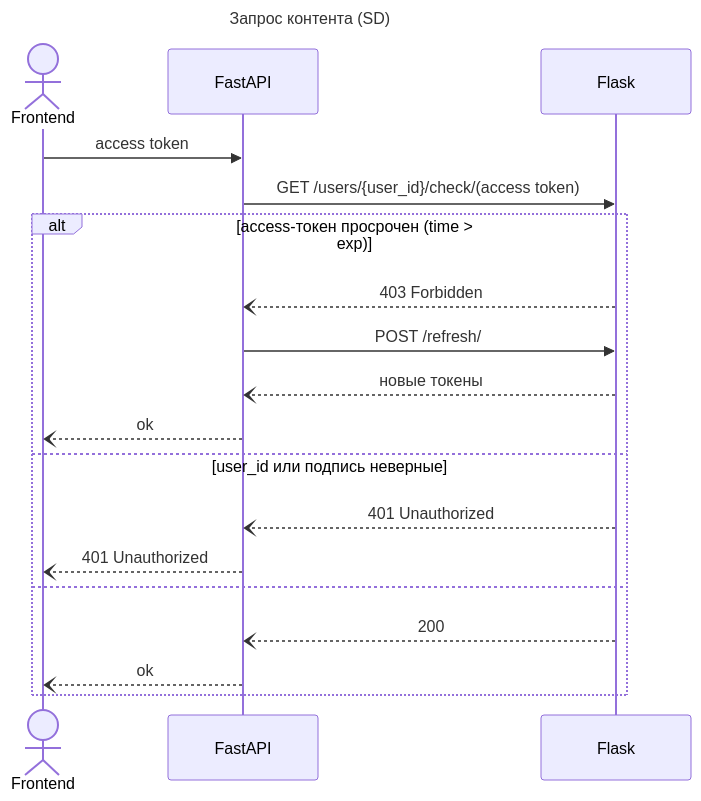
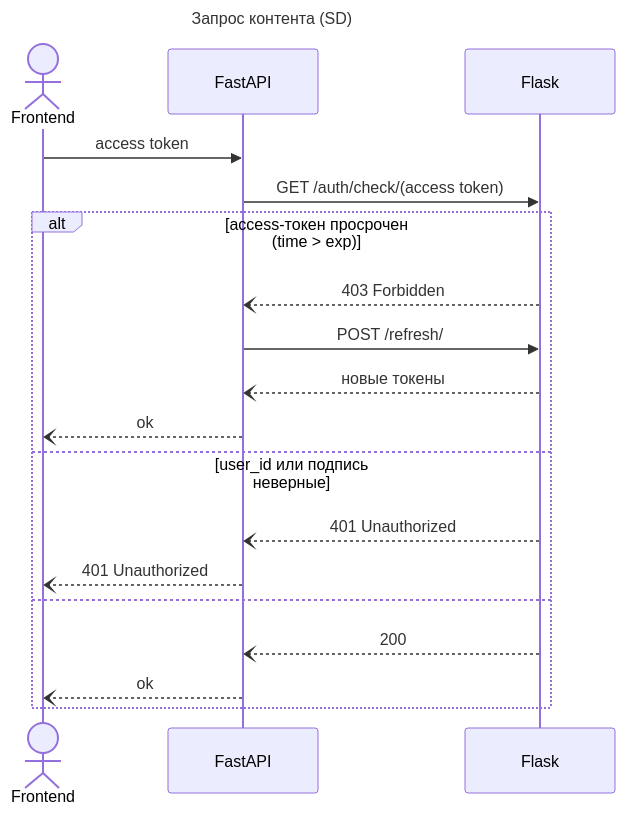
One commit to Dbl4/Auth_sprint_1 changed the diagram in documentation/auth-api/sd-check.md. Above: the diagram before and after it, drawn with Mermaid. The commit also changed other lines of this file and 2 other files, not shown here.

Commit message:
Minor improvements

````diff
--- a/documentation/auth-api/sd-check.md
+++ b/documentation/auth-api/sd-check.md
@@ -1,26 +1,26 @@
 ```mermaid
 ---
 title: Запрос контента (SD)
 ---
 
 sequenceDiagram
     actor Frontend
     participant FastAPI
     participant Flask
 
     Frontend ->> FastAPI: access token
-    FastAPI ->> Flask: GET /users/{user_id}/check/(access token)
+    FastAPI ->> Flask: GET /auth/check/(access token)
 
     alt access-токен просрочен (time > exp)
         Flask --) FastAPI: 403 Forbidden
         FastAPI ->> Flask: POST /refresh/
         Flask --) FastAPI: новые токены
         FastAPI --) Frontend: ok
     else user_id или подпись неверные
         Flask --) FastAPI: 401 Unauthorized
         FastAPI --) Frontend: 401 Unauthorized
     else
         Flask --) FastAPI: 200
         FastAPI --) Frontend: ok
     end
 ```
````
